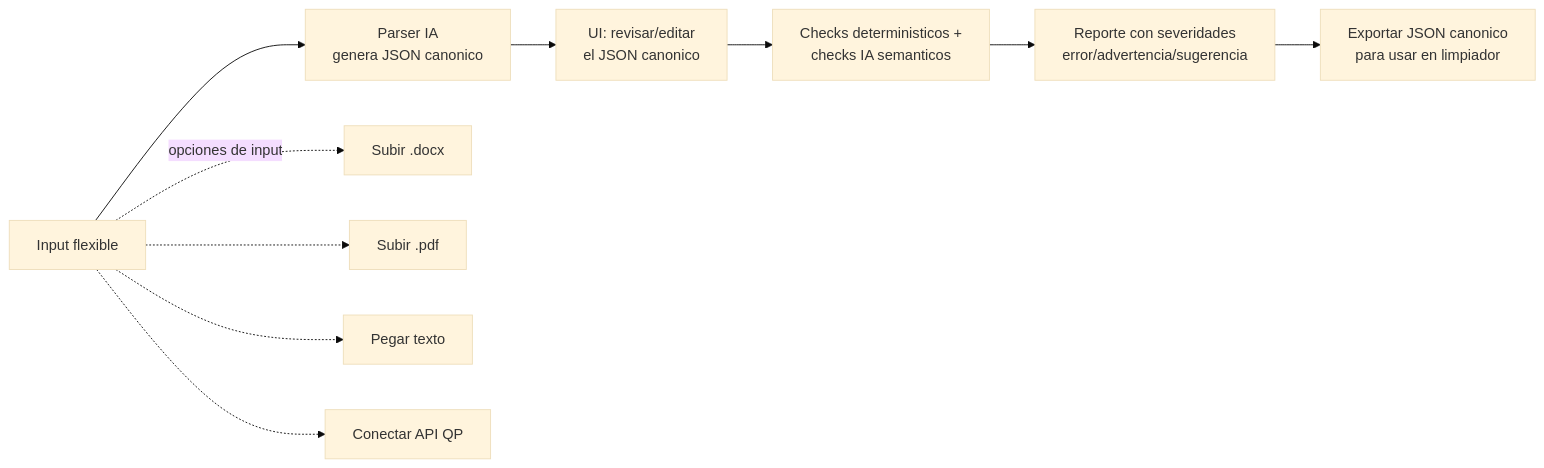
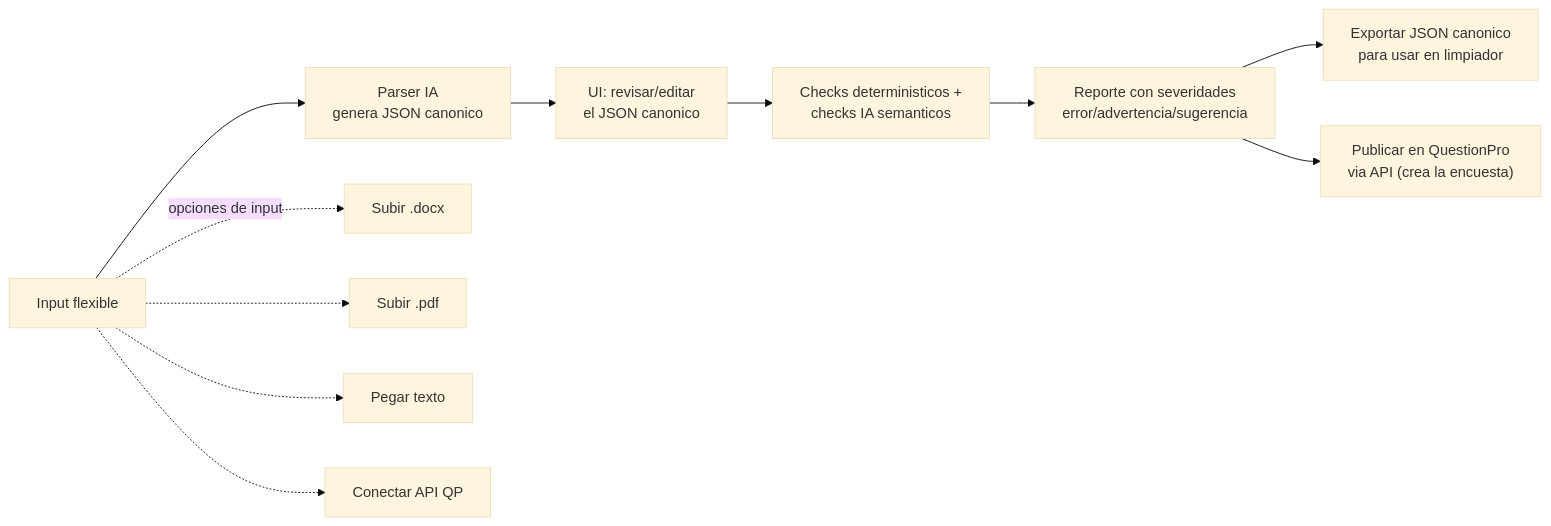
One commit to ffacundoSuarez/mega-app-updater changed the diagram in docs/cuestionario-validator-plan.md. Above: the diagram before and after it, drawn with Mermaid (base theme). The commit also changed other lines of this file and 1 other file, not shown here.

````diff
--- a/docs/cuestionario-validator-plan.md
+++ b/docs/cuestionario-validator-plan.md
@@ -27,12 +27,13 @@
 ```mermaid
 flowchart LR
     Input["Input flexible"] --> Parser["Parser IA<br/>genera JSON canonico"]
     Parser --> Edit["UI: revisar/editar<br/>el JSON canonico"]
     Edit --> Checks["Checks deterministicos +<br/>checks IA semanticos"]
     Checks --> Report["Reporte con severidades<br/>error/advertencia/sugerencia"]
     Report --> Export["Exportar JSON canonico<br/>para usar en limpiador"]
+    Report --> Publish["Publicar en QuestionPro<br/>via API (crea la encuesta)"]
     Input -.->|opciones de input| I1["Subir .docx"]
     Input -.-> I2["Subir .pdf"]
     Input -.-> I3["Pegar texto"]
     Input -.-> I4["Conectar API QP"]
 ```
````
